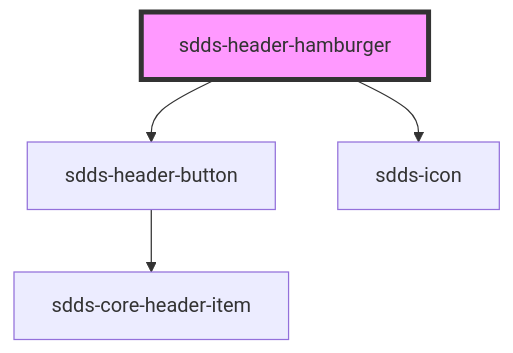
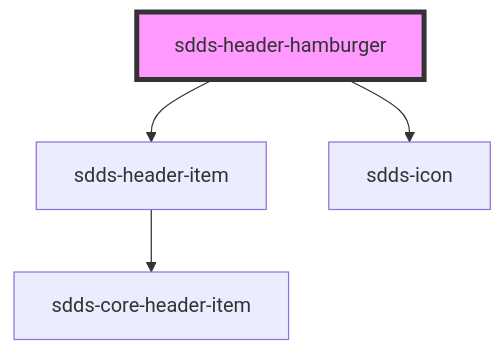
One commit to scania-digital-design-system/sdds changed the diagram in tegel/src/components/header/webcomponent/header-hamburger/readme.md. Above: the diagram before and after it, drawn with Mermaid. The commit also changed other lines of this file and 44 other files, not shown here.

Commit message:
feat(sidemenu,header): remove -button and -link components and replace with -item

````diff
--- a/tegel/src/components/header/webcomponent/header-hamburger/readme.md
+++ b/tegel/src/components/header/webcomponent/header-hamburger/readme.md
@@ -33,7 +33,7 @@
 ```mermaid
 graph TD;
-  sdds-header-hamburger --> sdds-header-button
+  sdds-header-hamburger --> sdds-header-item
   sdds-header-hamburger --> sdds-icon
-  sdds-header-button --> sdds-core-header-item
+  sdds-header-item --> sdds-core-header-item
   style sdds-header-hamburger fill:#f9f,stroke:#333,stroke-width:4px
 ```
````
